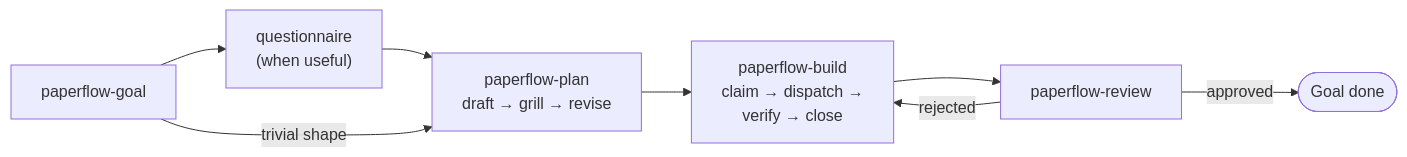
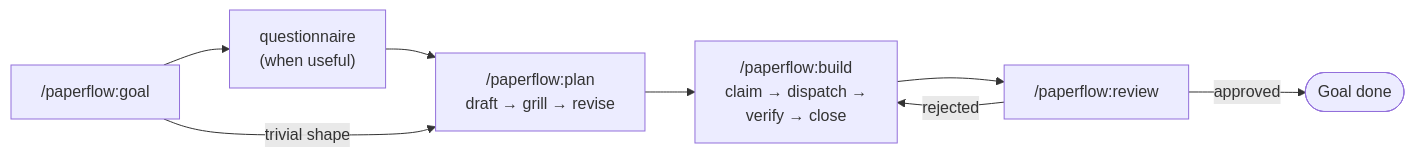
Before and after one commit to FRIKKern/paperflow: the diagram in README.md, drawn with Mermaid. The commit also changed other lines of this file and 23 other files, not shown here.

````diff
--- a/README.md
+++ b/README.md
@@ -94,14 +106,14 @@
 ```mermaid
 flowchart LR
-    G["paperflow-goal"]
+    G["/paperflow:goal"]
     Q["questionnaire<br/>(when useful)"]
-    P["paperflow-plan<br/>draft → grill → revise"]
-    B["paperflow-build<br/>claim → dispatch →<br/>verify → close"]
-    R["paperflow-review"]
+    P["/paperflow:plan<br/>draft → grill → revise"]
+    B["/paperflow:build<br/>claim → dispatch →<br/>verify → close"]
+    R["/paperflow:review"]
     Done(["Goal done"])
 
     G --> Q --> P --> B --> R
     G -->|"trivial shape"| P
     R -->|"approved"| Done
     R -->|"rejected"| B
 ```
````
